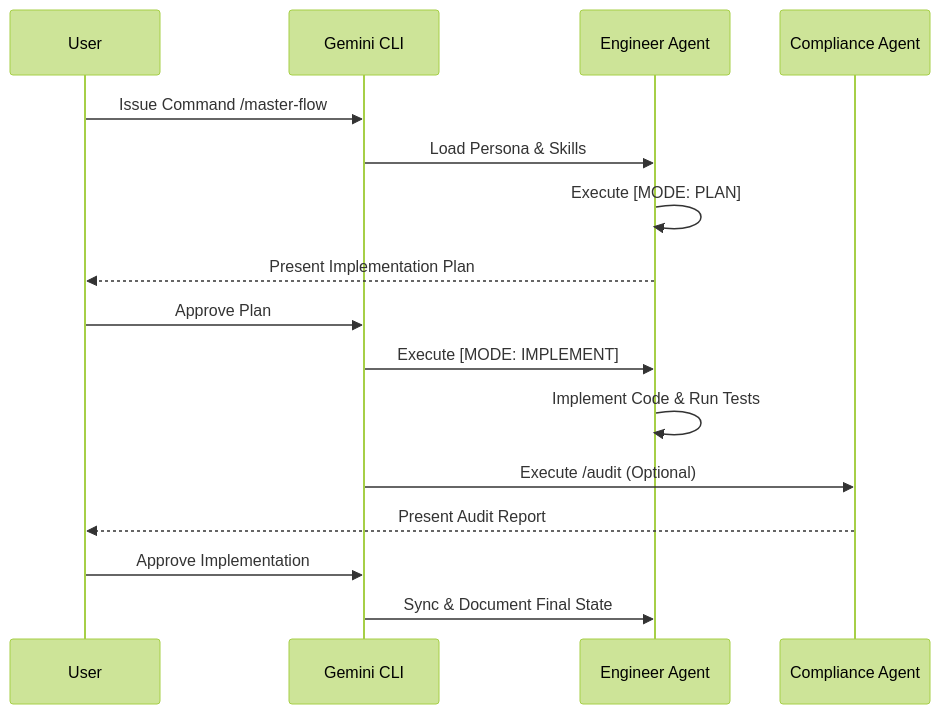
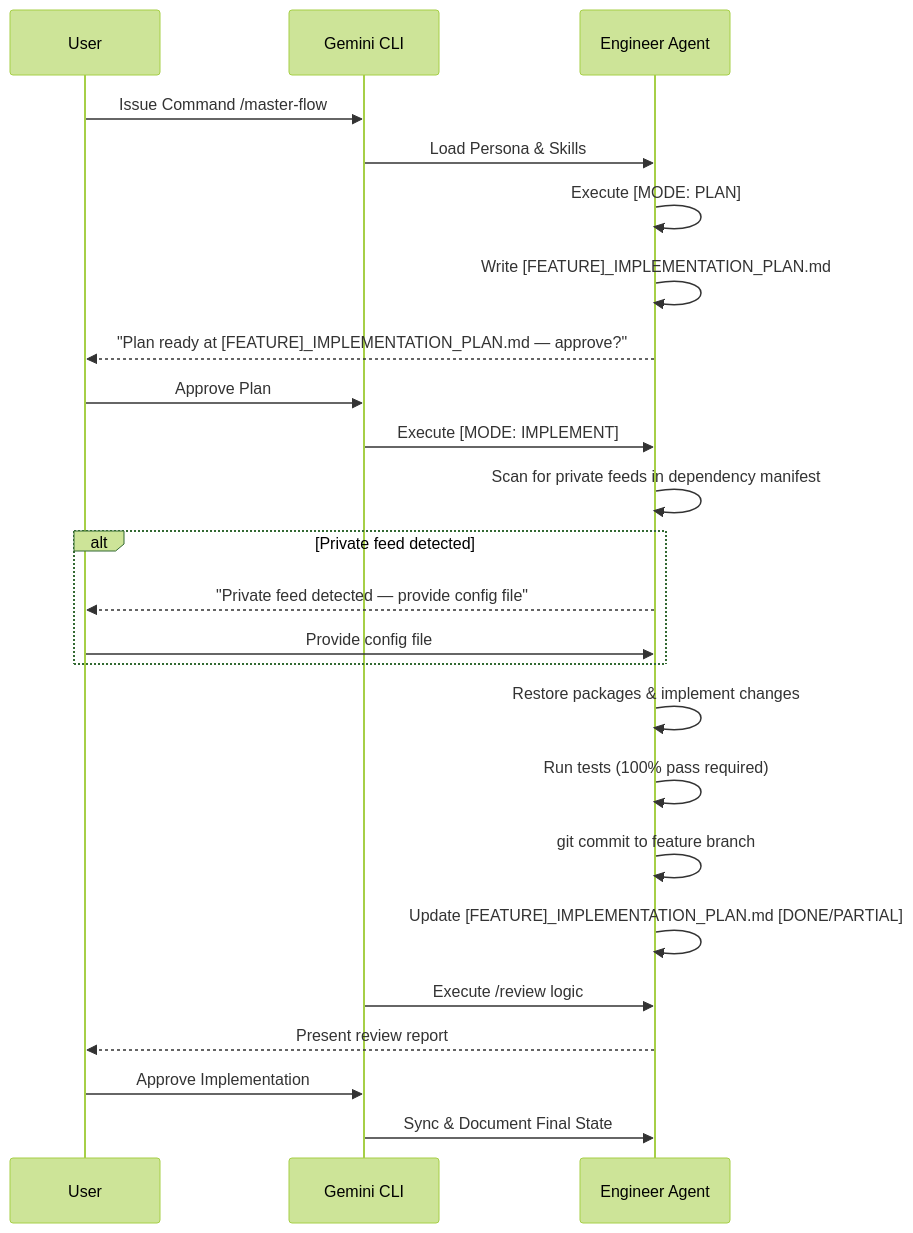
One commit to SouzaEduardoAC/ai-agents changed the diagram in docs/TECHNICAL_SPECS.md. Above: the diagram before and after it, drawn with Mermaid (forest theme). The commit also changed other lines of this file and 5 other files, not shown here.

Commit message:
Update the Engineer's flow

````diff
--- a/docs/TECHNICAL_SPECS.md
+++ b/docs/TECHNICAL_SPECS.md
@@ -40,19 +44,27 @@
 ```mermaid
 sequenceDiagram
     participant U as User
     participant G as Gemini CLI
     participant E as Engineer Agent
-    participant C as Compliance Agent
 
     U->>G: Issue Command /master-flow
     G->>E: Load Persona & Skills
     E->>E: Execute [MODE: PLAN]
-    E-->>U: Present Implementation Plan
+    E->>E: Write [FEATURE]_IMPLEMENTATION_PLAN.md
+    E-->>U: "Plan ready at [FEATURE]_IMPLEMENTATION_PLAN.md — approve?"
     U->>G: Approve Plan
     G->>E: Execute [MODE: IMPLEMENT]
-    E->>E: Implement Code & Run Tests
-    G->>C: Execute /audit (Optional)
-    C-->>U: Present Audit Report
+    E->>E: Scan for private feeds in dependency manifest
+    alt Private feed detected
+        E-->>U: "Private feed detected — provide config file"
+        U->>E: Provide config file
+    end
+    E->>E: Restore packages & implement changes
+    E->>E: Run tests (100% pass required)
+    E->>E: git commit to feature branch
+    E->>E: Update [FEATURE]_IMPLEMENTATION_PLAN.md [DONE/PARTIAL]
+    G->>E: Execute /review logic
+    E-->>U: Present review report
     U->>G: Approve Implementation
     G->>E: Sync & Document Final State
 ```
````
